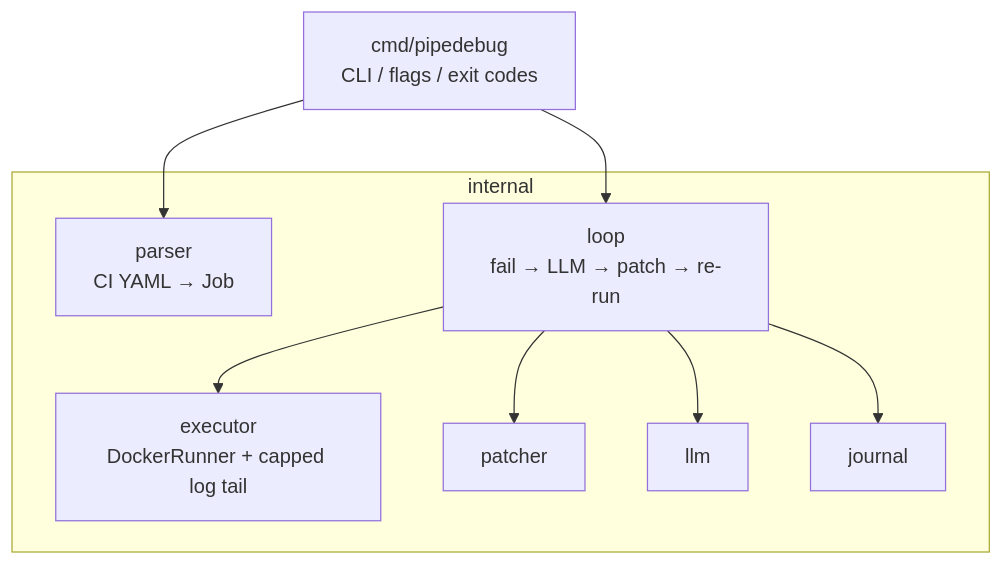
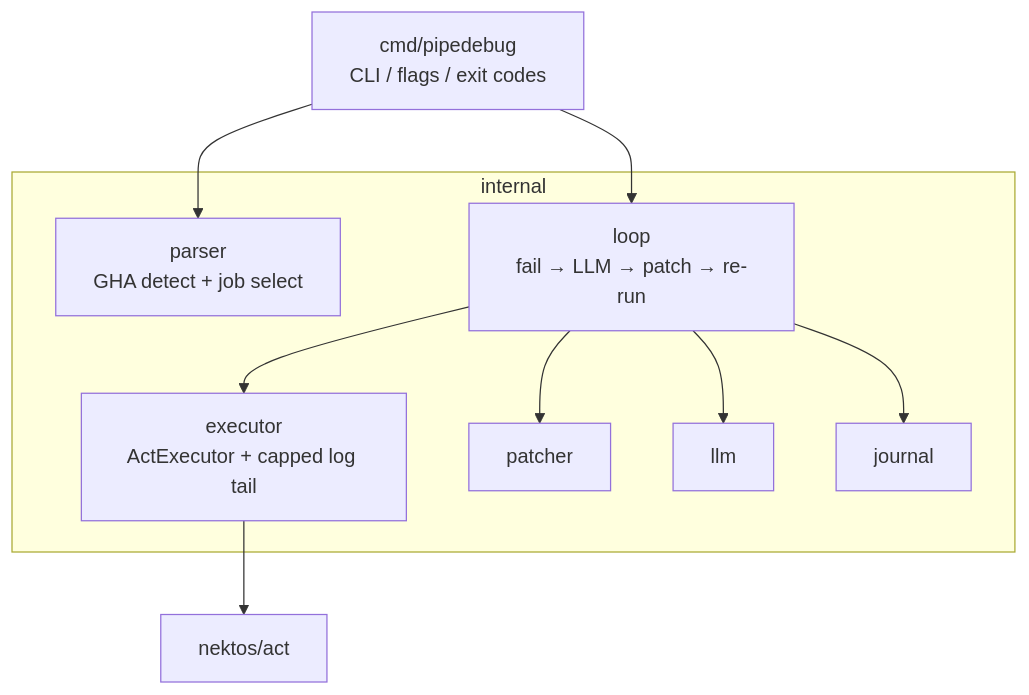
The second of 4 diagrams in docs/TECHNICAL_DESIGN.md (paramtully/Ci-Cd-Pipeline-Debugger), drawn with Mermaid before and after one commit. The commit also changed other lines of this file and 9 other files, not shown here.

````diff
--- a/docs/TECHNICAL_DESIGN.md
+++ b/docs/TECHNICAL_DESIGN.md
@@ -204,20 +213,21 @@
 ```mermaid
 flowchart TB
   CLI[cmd/pipedebug<br/>CLI / flags / exit codes]
 
   subgraph core [internal]
-    Parse[parser<br/>CI YAML → Job]
-    Exec[executor<br/>DockerRunner + capped log tail]
+    Parse[parser<br/>GHA detect + job select]
+    Exec[executor<br/>ActExecutor + capped log tail]
     Loop[loop<br/>fail → LLM → patch → re-run]
     Patch[patcher]
     LLMClient[llm]
     Journal[journal]
   end
 
   CLI --> Parse
   CLI --> Loop
   Loop --> Exec
   Loop --> LLMClient
   Loop --> Patch
   Loop --> Journal
+  Exec --> ActExt[nektos/act]
 ```
````
